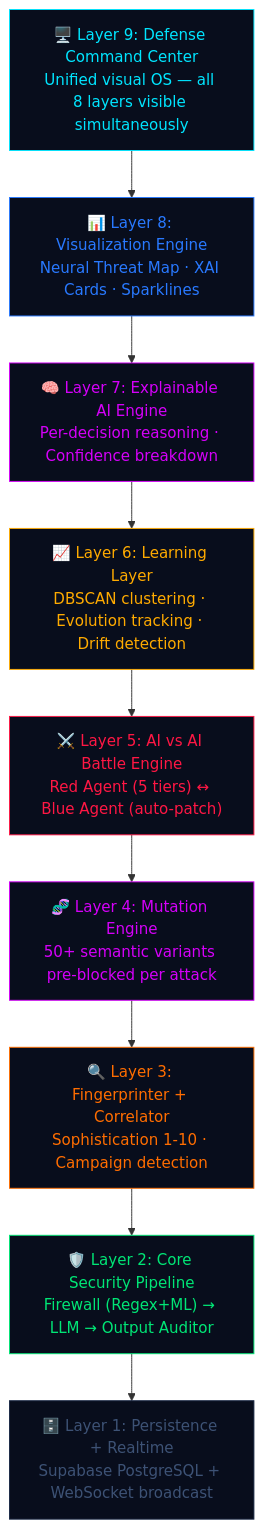
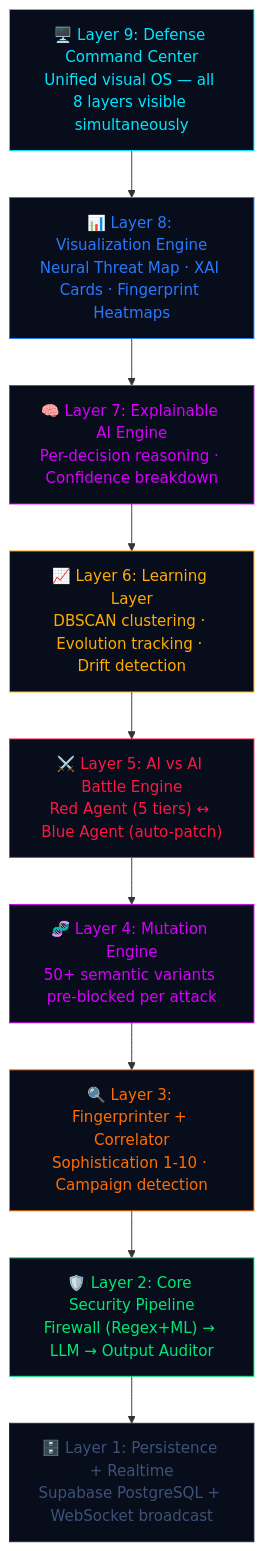
The diagram in README.md (1harshkashyap/ARGUS_X), drawn with Mermaid before and after one commit. The commit also changed other lines of this file and 4 other files, not shown here.

````diff
--- a/README.md
+++ b/README.md
@@ -79,24 +85,24 @@
 ```mermaid
 graph TD
     L9["🖥️ Layer 9: Defense Command Center<br/>Unified visual OS — all 8 layers visible simultaneously"]
-    L8["📊 Layer 8: Visualization Engine<br/>Neural Threat Map · XAI Cards · Sparklines"]
+    L8["📊 Layer 8: Visualization Engine<br/>Neural Threat Map · XAI Cards · Fingerprint Heatmaps"]
     L7["🧠 Layer 7: Explainable AI Engine<br/>Per-decision reasoning · Confidence breakdown"]
     L6["📈 Layer 6: Learning Layer<br/>DBSCAN clustering · Evolution tracking · Drift detection"]
     L5["⚔️ Layer 5: AI vs AI Battle Engine<br/>Red Agent (5 tiers) ↔ Blue Agent (auto-patch)"]
     L4["🧬 Layer 4: Mutation Engine<br/>50+ semantic variants pre-blocked per attack"]
     L3["🔍 Layer 3: Fingerprinter + Correlator<br/>Sophistication 1-10 · Campaign detection"]
     L2["🛡️ Layer 2: Core Security Pipeline<br/>Firewall (Regex+ML) → LLM → Output Auditor"]
     L1["🗄️ Layer 1: Persistence + Realtime<br/>Supabase PostgreSQL + WebSocket broadcast"]
 
     L9 --> L8 --> L7 --> L6 --> L5 --> L4 --> L3 --> L2 --> L1
 
     style L9 fill:#080d1c,stroke:#00e5ff,color:#00e5ff
     style L8 fill:#080d1c,stroke:#2979ff,color:#2979ff
     style L7 fill:#080d1c,stroke:#d500f9,color:#d500f9
     style L6 fill:#080d1c,stroke:#ffab00,color:#ffab00
     style L5 fill:#080d1c,stroke:#ff1744,color:#ff1744
     style L4 fill:#080d1c,stroke:#d500f9,color:#d500f9
     style L3 fill:#080d1c,stroke:#ff6d00,color:#ff6d00
     style L2 fill:#080d1c,stroke:#00e676,color:#00e676
     style L1 fill:#080d1c,stroke:#1a2845,color:#3d5275
 ```
````
